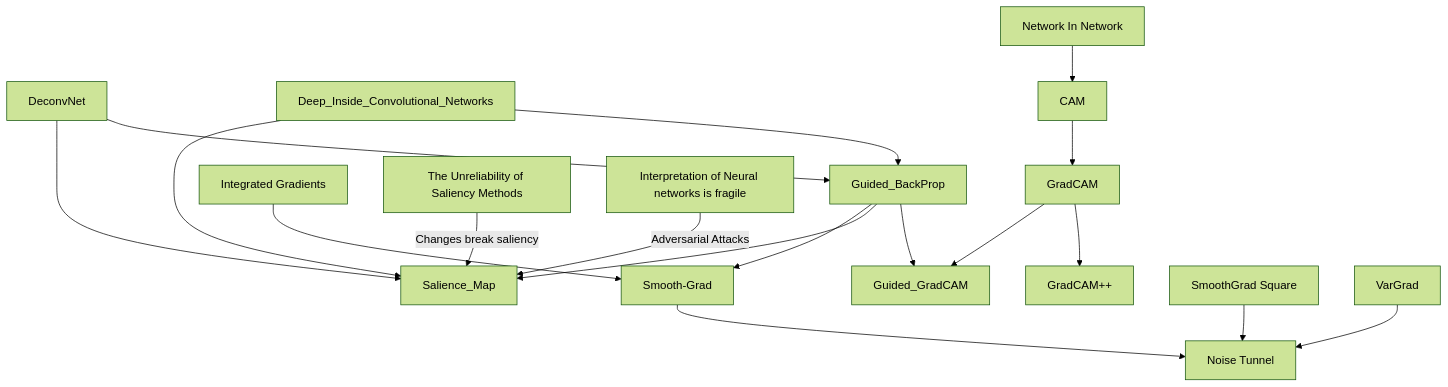
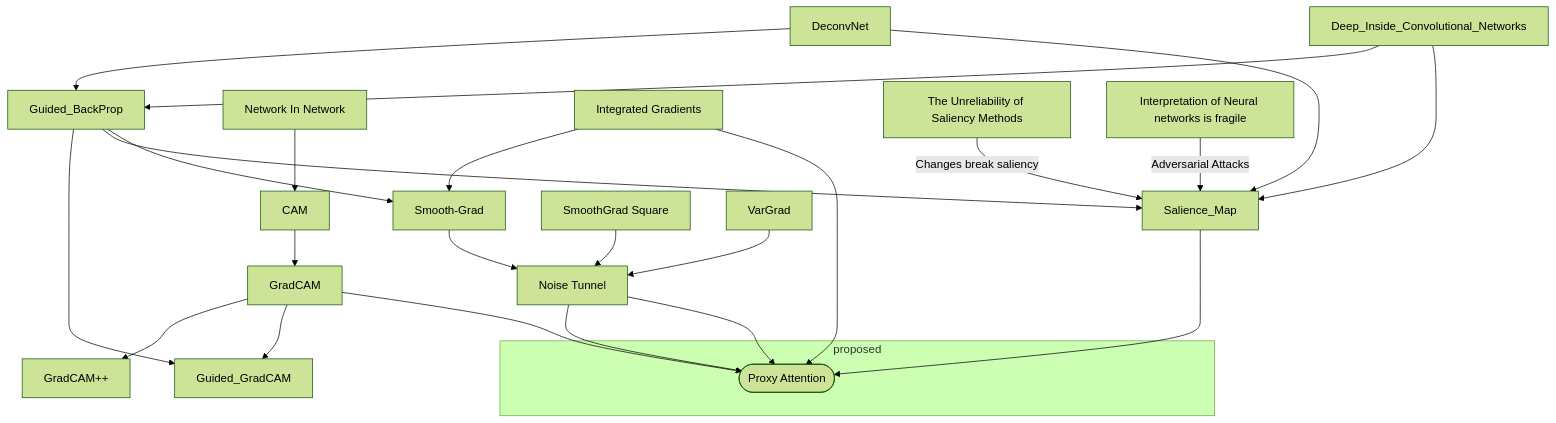
The diagram in docs/Vision_Explainibility.md (SubhadityaMukherjee/AI-knowledge-base), drawn with Mermaid (forest theme) before and after one commit. The commit also changed other lines of this file and 29 other files, not shown here.

````diff
--- a/docs/Vision_Explainibility.md
+++ b/docs/Vision_Explainibility.md
@@ -45,49 +46,59 @@
 ```mermaid
 
 graph TD;
 E2[DeconvNet] --> E1
 E3[Deep_Inside_Convolutional_Networks] --> E1
 E1[Guided_BackProp]
 
 B1[CAM] --> B2[GradCAM] --> B3[GradCAM++]
+B2 --> B4[Guided_GradCAM]
 
 E4[Network In Network] --> B1
 
-B2 --> B4[Guided_GradCAM]
+
 E1 --> B4
 
 E2 --> A[Salience_Map]
 E3 --> A
 E1 --> A
 
 C0[Integrated Gradients] --> C1
 E1 --> C1
 C1[Smooth-Grad] --> C4
 C2[SmoothGrad Square] --> C4
 C3[VarGrad] --> C4
-C4[Noise Tunnel]
+C4[Noise Tunnel] --> P
+C0 --> P
+C4 --> P
+A --> P
+B2 --> P
+
+subgraph proposed
+P([Proxy Attention])
+end
 
 U1[The Unreliability of Saliency Methods] --Changes break saliency--> A
 U2[Interpretation of Neural networks is fragile] --Adversarial Attacks--> A
 class A internal-link
 class B internal-link
 class B1 internal-link
 class B2 internal-link
 class B3 internal-link
 class B4 internal-link
 class C internal-link
 class C0 internal-link
 class C1 internal-link
 class C2 internal-link
 class C3 internal-link
 class C4 internal-link
 class D internal-link
 class E internal-link
 class F internal-link
 class E1 internal-link
 class E2 internal-link
 class E3 internal-link
 class E4 internal-link
 class U1 internal-link
 class U2 internal-link
+class P internal-link
 ```
````
